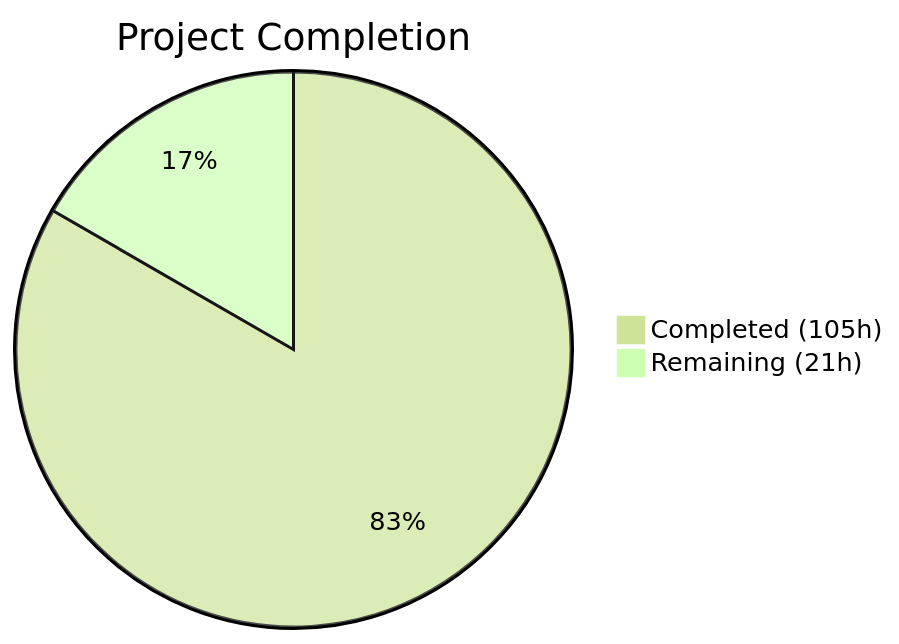
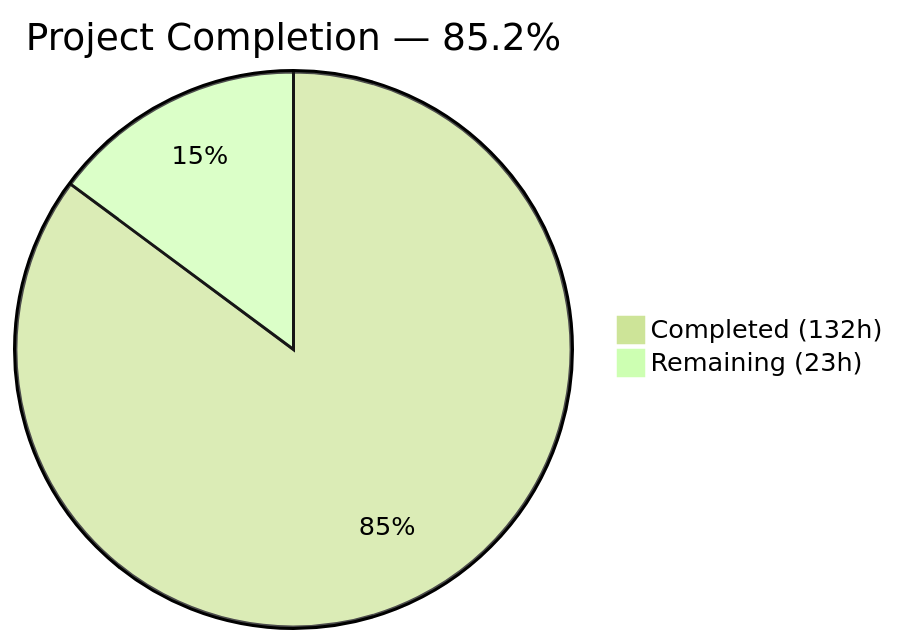
The first of 4 diagrams in blitzy/documentation/Project Guide.md (Blitzy-Sandbox/blitzy-RudderStack), drawn with Mermaid (forest theme) before and after one commit. The commit also changed other lines of this file, not shown here.

Commit message:
Adding Blitzy Project Guide: Project Status and Human Tasks Remaining

````diff
--- a/blitzy/documentation/Project Guide.md
+++ b/blitzy/documentation/Project Guide.md
@@ -13,5 +11,5 @@
 ```mermaid
-pie title Project Completion
-    "Completed (105h)" : 105
-    "Remaining (21h)" : 21
+pie title Project Completion — 85.2%
+    "Completed (132h)" : 132
+    "Remaining (23h)" : 23
 ```
````
